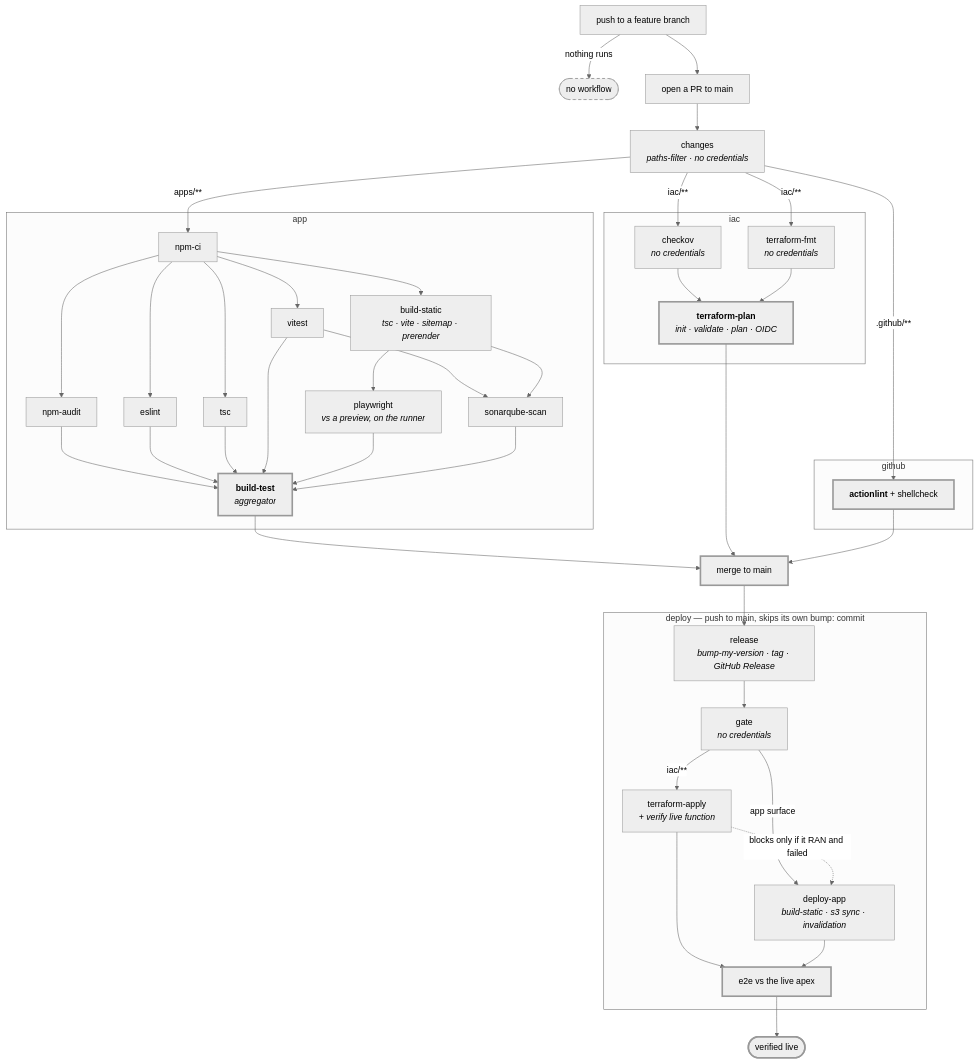
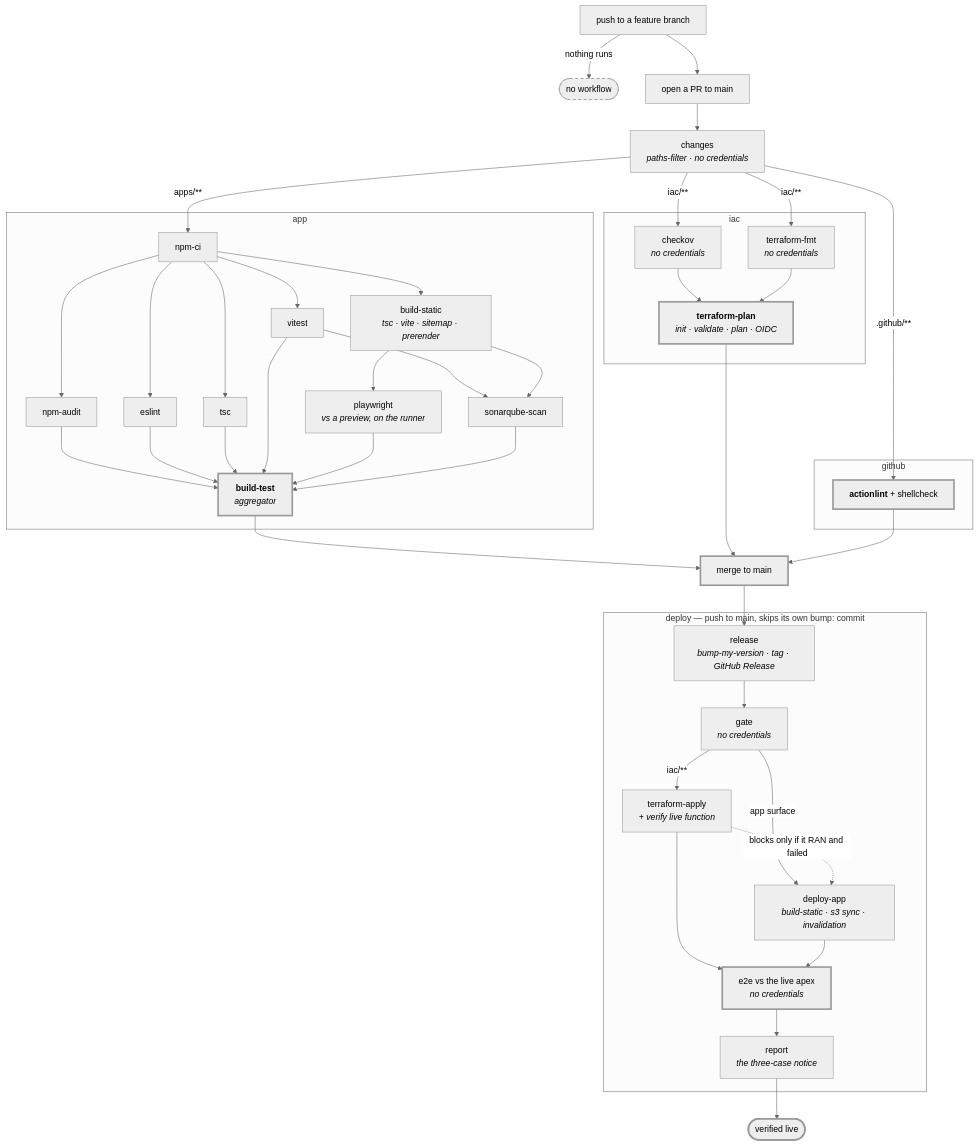
Before and after one commit to tedeuxx/tadeumendonca-io: the diagram in .github/workflows/README.md, drawn with Mermaid (neutral theme). The commit also changed other lines of this file and 9 other files, not shown here.

````diff
--- a/.github/workflows/README.md
+++ b/.github/workflows/README.md
@@ -9,66 +14,67 @@
 ```mermaid
 flowchart TD
     A["push to a feature branch"] -->|"nothing runs"| A2(["no workflow"])
     A --> B["open a PR to main"]
 
     B --> CH["changes<br/><i>paths-filter · no credentials</i>"]
 
     subgraph appwf["app"]
         NC["npm-ci"]
         NC --> NA["npm-audit"]
         NC --> ES["eslint"]
         NC --> TS["tsc"]
         NC --> VI["vitest"]
         NC --> BS["build-static<br/><i>tsc · vite · sitemap · prerender</i>"]
         BS --> PW["playwright<br/><i>vs a preview, on the runner</i>"]
         VI --> SQ["sonarqube-scan"]
         BS --> SQ
         NA --> GATE["<b>build-test</b><br/><i>aggregator</i>"]
         ES --> GATE
         TS --> GATE
         VI --> GATE
         PW --> GATE
         SQ --> GATE
     end
 
     subgraph iacwf["iac"]
         CK["checkov<br/><i>no credentials</i>"]
         TF["terraform-fmt<br/><i>no credentials</i>"]
         CK --> TP["<b>terraform-plan</b><br/><i>init · validate · plan · OIDC</i>"]
         TF --> TP
     end
 
     subgraph ghwf["github"]
         AL["<b>actionlint</b> + shellcheck"]
     end
 
     CH -->|"apps/**"| NC
     CH -->|"iac/**"| CK
     CH -->|"iac/**"| TF
     CH -->|".github/**"| AL
 
     GATE --> M["merge to main"]
     TP --> M
     AL --> M
 
     subgraph deploywf["deploy — push to main, skips its own bump: commit"]
         RE["release<br/><i>bump-my-version · tag · GitHub Release</i>"]
         RE --> DG["gate<br/><i>no credentials</i>"]
         DG -->|"iac/**"| TA["terraform-apply<br/><i>+ verify live function</i>"]
         DG -->|"app surface"| DA["deploy-app<br/><i>build-static · s3 sync · invalidation</i>"]
         TA -.->|"blocks only if it RAN and failed"| DA
-        TA --> E2["e2e vs the live apex"]
+        TA --> E2["e2e vs the live apex<br/><i>no credentials</i>"]
         DA --> E2
+        E2 --> RP["report<br/><i>the three-case notice</i>"]
     end
 
     M --> RE
-    E2 --> LIVE(["verified live"])
+    RP --> LIVE(["verified live"])
 
     style A2 stroke-dasharray: 5 5
     style GATE stroke-width:3px
     style TP stroke-width:3px
     style AL stroke-width:3px
     style M stroke-width:3px
     style LIVE stroke-width:3px
     style E2 stroke-width:3px
 ```
````
